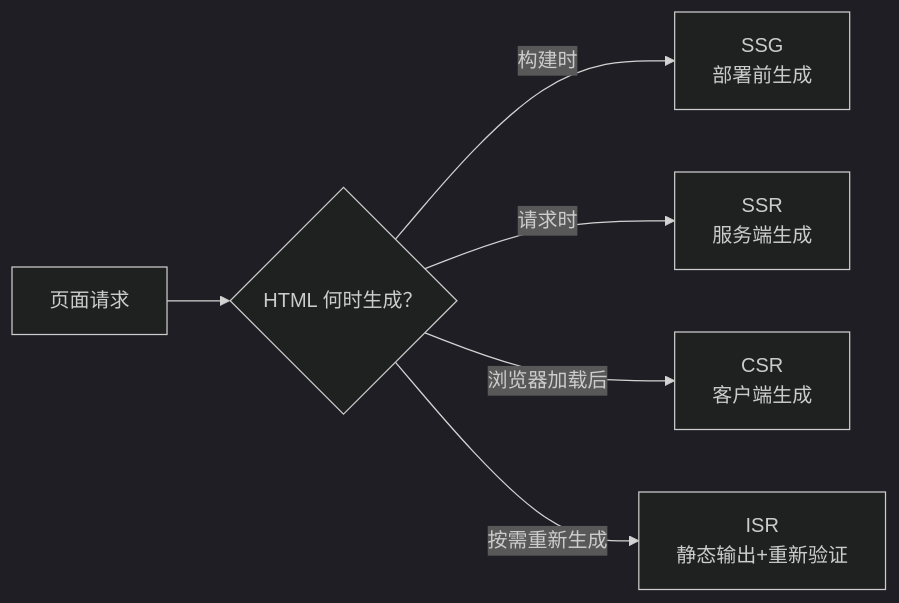
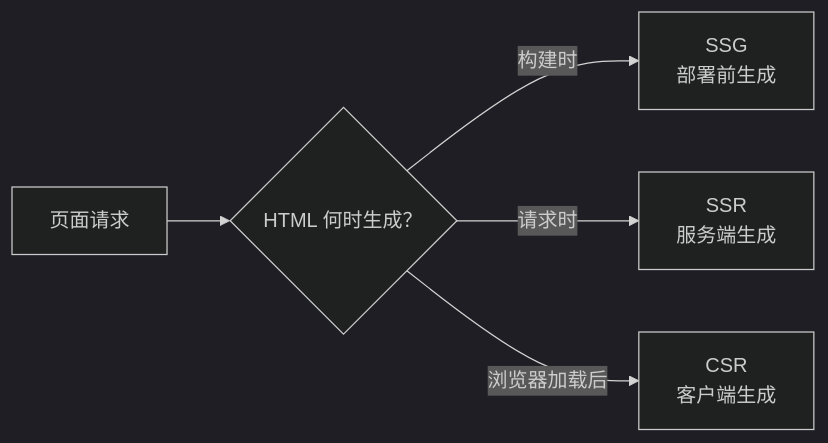
Before and after one commit to AI-PM-Wiki/AIPM: the first of 4 diagrams in docs/tech/frontend-rendering.md, drawn with Mermaid (dark theme). The commit also changed other lines of this file and 248 other files, not shown here.

````diff
--- a/docs/tech/frontend-rendering.md
+++ b/docs/tech/frontend-rendering.md
@@ -11,8 +11,7 @@
 ```mermaid
 flowchart LR
     q[页面请求] --> c{HTML 何时生成？}
     c -->|构建时| ssg[SSG<br>部署前生成]
     c -->|请求时| ssr[SSR<br>服务端生成]
     c -->|浏览器加载后| csr[CSR<br>客户端生成]
-    c -->|按需重新生成| isr[ISR<br>静态输出+重新验证]
 ```
````
